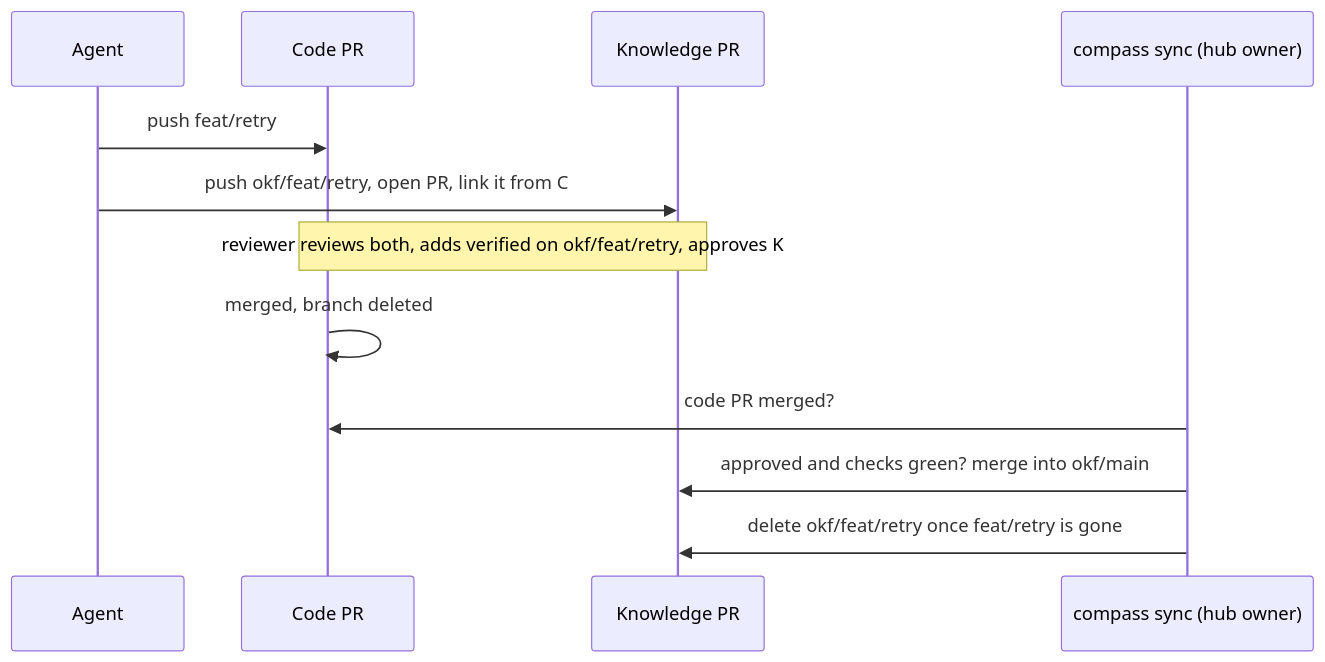
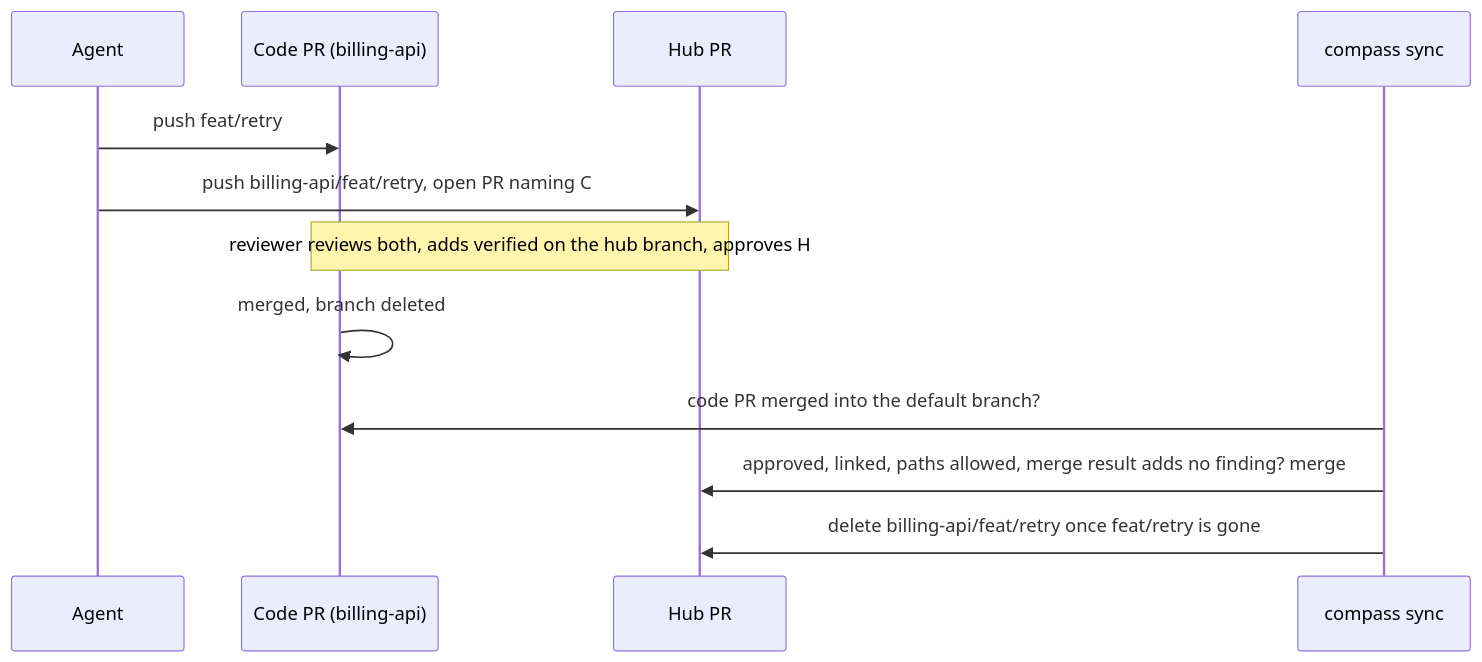
One commit to tuan-nng/compass changed the third of 4 diagrams in docs/design/okf-knowledge-system-ux.md. Above: the diagram before and after it, drawn with Mermaid. The commit also changed other lines of this file and 88 other files, not shown here.

````diff
--- a/docs/design/okf-knowledge-system-ux.md
+++ b/docs/design/okf-knowledge-system-ux.md
@@ -525,14 +427,14 @@
 ```mermaid
 sequenceDiagram
   participant A as Agent
-  participant C as Code PR
-  participant K as Knowledge PR
-  participant S as compass sync (hub owner)
+  participant C as Code PR (billing-api)
+  participant H as Hub PR
+  participant S as compass sync
   A->>C: push feat/retry
-  A->>K: push okf/feat/retry, open PR, link it from C
-  Note over C,K: reviewer reviews both, adds verified on okf/feat/retry, approves K
+  A->>H: push billing-api/feat/retry, open PR naming C
+  Note over C,H: reviewer reviews both, adds verified on the hub branch, approves H
   C->>C: merged, branch deleted
-  S->>C: code PR merged?
-  S->>K: approved and checks green? merge into okf/main
-  S->>K: delete okf/feat/retry once feat/retry is gone
+  S->>C: code PR merged into the default branch?
+  S->>H: approved, linked, paths allowed, merge result adds no finding? merge
+  S->>H: delete billing-api/feat/retry once feat/retry is gone
 ```
````
